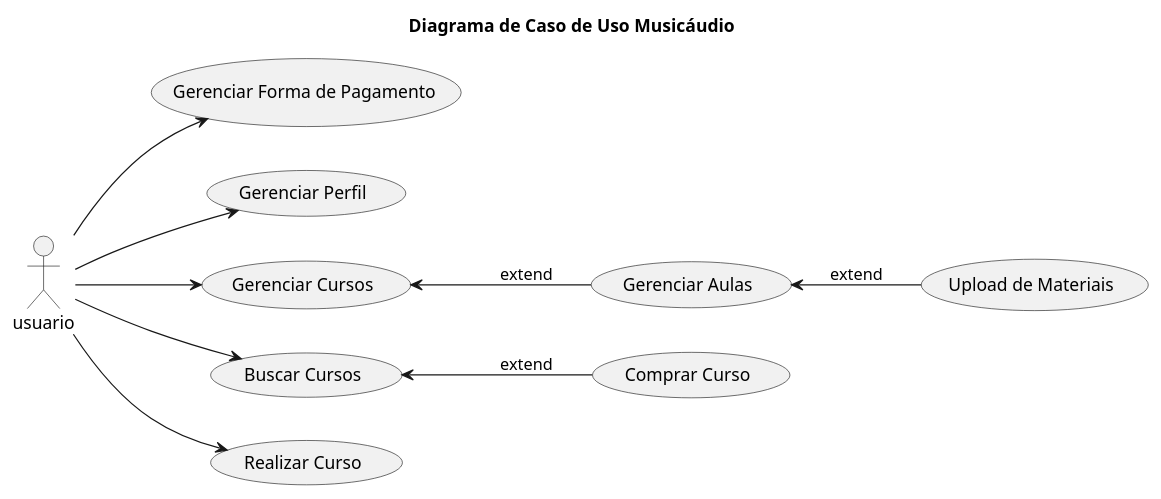
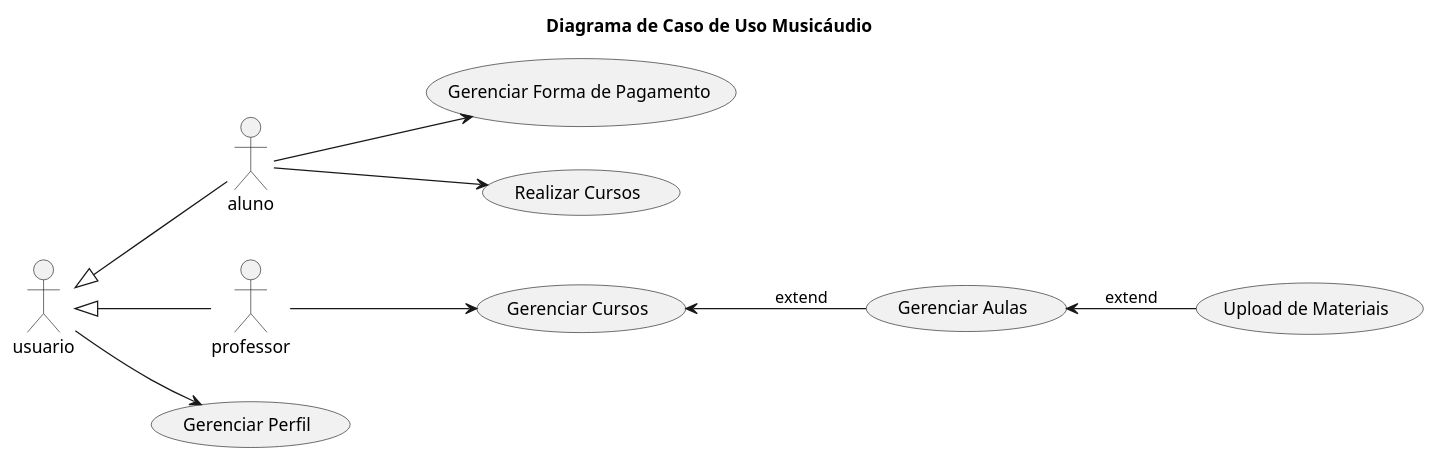
One commit to JorgeSkraba/Musicaudio_UML changed the diagram in CasoDeUso.puml. Above: the diagram before and after it, drawn with PlantUML. The commit also changed 6 other files, not shown here.

Commit message:
adição dos diagramas de sequência para Gerenciar Aula e Gerenciar Material, modificação no diagrama de Estado

```diff
--- a/CasoDeUso.puml
+++ b/CasoDeUso.puml
@@ -1,35 +1,36 @@
 @startuml
 
 title <b> Diagrama de Caso de Uso Musicáudio </b>
 
 left to right direction
 
 'atores
+:aluno:
+:professor:
 :usuario:
 
 'casos de uso
+
 (Gerenciar Forma de Pagamento)
 
 (Gerenciar Perfil)
 
 (Gerenciar Cursos)
 (Gerenciar Aulas)
 (Upload de Materiais)
 
-(Buscar Cursos)
-(Comprar Curso)
-(Realizar Curso)
+(Realizar Cursos)
 
 'relacionamentos
-usuario --> (Gerenciar Forma de Pagamento)
+professor --> (Gerenciar Cursos)
+aluno --> (Realizar Cursos)
+aluno --> (Gerenciar Forma de Pagamento)
 usuario --> (Gerenciar Perfil)
-usuario --> (Gerenciar Cursos)
-usuario --> (Buscar Cursos)
-usuario --> (Realizar Curso)
+
+usuario <|-- aluno
+usuario <|-- professor
 
 (Gerenciar Cursos) <-- (Gerenciar Aulas) : extend
 (Gerenciar Aulas) <-- (Upload de Materiais) : extend
 
-(Buscar Cursos) <-- (Comprar Curso) : extend
-
 @enduml
```
